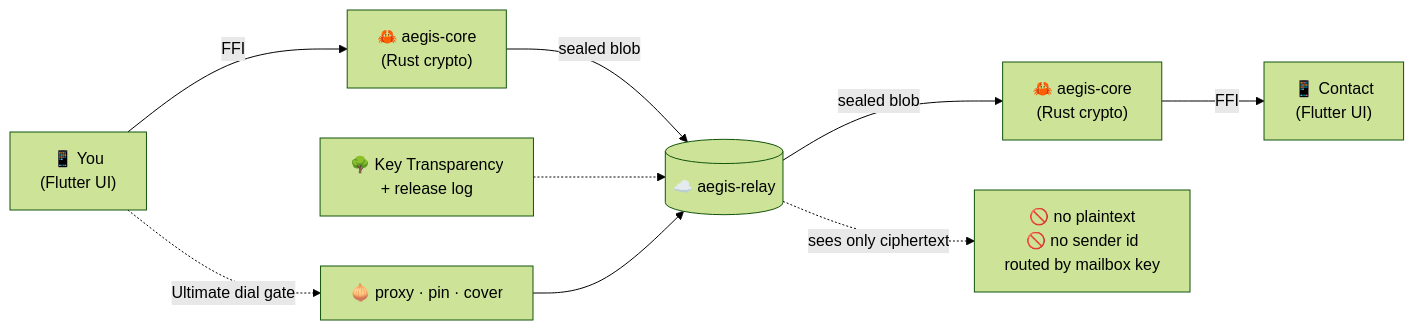
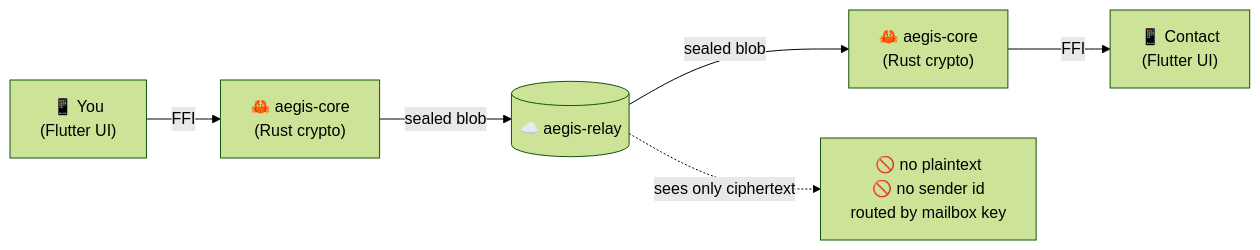
The second of 2 diagrams in README.md (Oz4462/aegis-messenger), drawn with Mermaid (forest theme) before and after one commit. The commit also changed other lines of this file, not shown here.

First line of the commit message:
docs(readme): classic long-form voice + full Ultimate narrative

````diff
--- a/README.md
+++ b/README.md
@@ -144,11 +168,8 @@
 ```mermaid
 flowchart LR
     You["📱 You<br/>(Flutter UI)"] -->|FFI| Core1["🦀 aegis-core<br/>(Rust crypto)"]
     Core1 -->|"sealed blob"| Relay[("☁️ aegis-relay")]
     Relay -->|"sealed blob"| Core2["🦀 aegis-core<br/>(Rust crypto)"]
     Core2 -->|FFI| Peer["📱 Contact<br/>(Flutter UI)"]
     Relay -.->|"sees only ciphertext"| Note["🚫 no plaintext<br/>🚫 no sender id<br/>routed by mailbox key"]
-    KT["🌳 Key Transparency<br/>+ release log"] -.-> Relay
-    You -.->|"Ultimate dial gate"| Pipe["🧅 proxy · pin · cover"]
-    Pipe --> Relay
 ```
````
